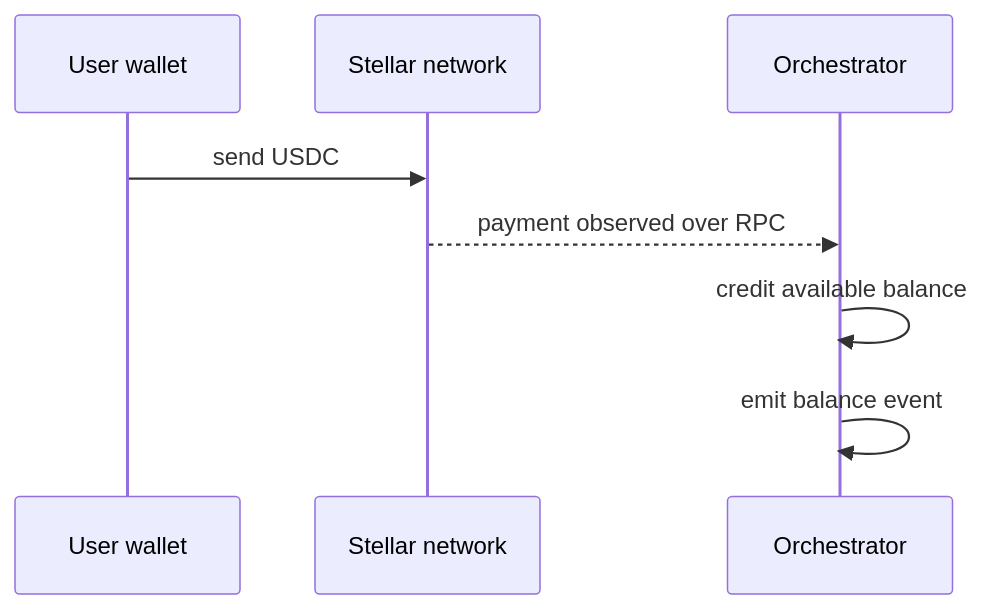
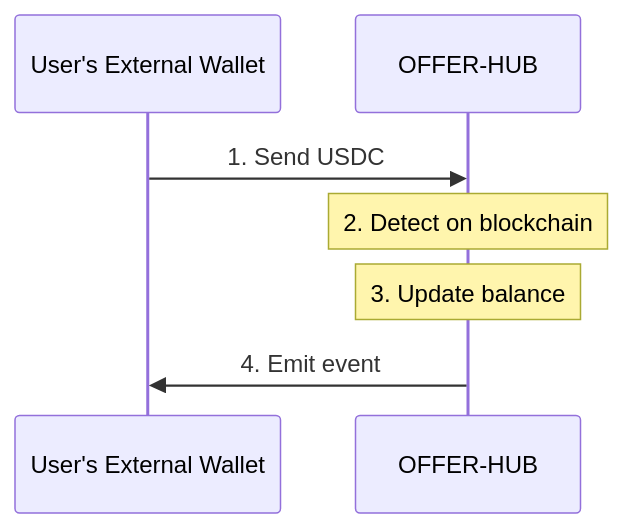
The diagram in content/docs/guide/deposits.mdx (Joyful12-tech/offer-hub-monorepo), drawn with Mermaid before and after one commit. The commit also changed other lines of this file and 25 other files, not shown here.

````diff
--- a/content/docs/guide/deposits.mdx
+++ b/content/docs/guide/deposits.mdx
@@ -39,11 +79,10 @@
 ```mermaid
 sequenceDiagram
-    participant User as User wallet
-    participant Stellar as Stellar network
-    participant OH as Orchestrator
+    participant User as User's External Wallet
+    participant OH as OFFER-HUB
 
-    User->>Stellar: send USDC
-    Stellar-->>OH: payment observed over RPC
-    OH->>OH: credit available balance
-    OH->>OH: emit balance event
+    User->>OH: 1. Send USDC
+    Note over OH: 2. Detect on blockchain
+    Note over OH: 3. Update balance
+    OH->>User: 4. Emit event
 ```
````
